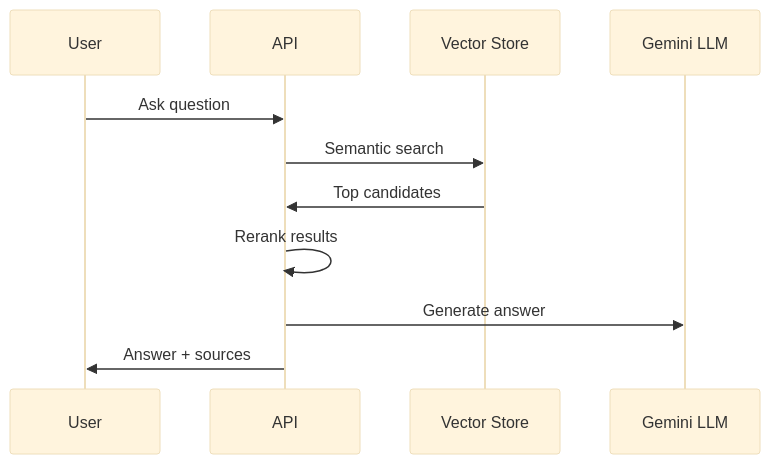
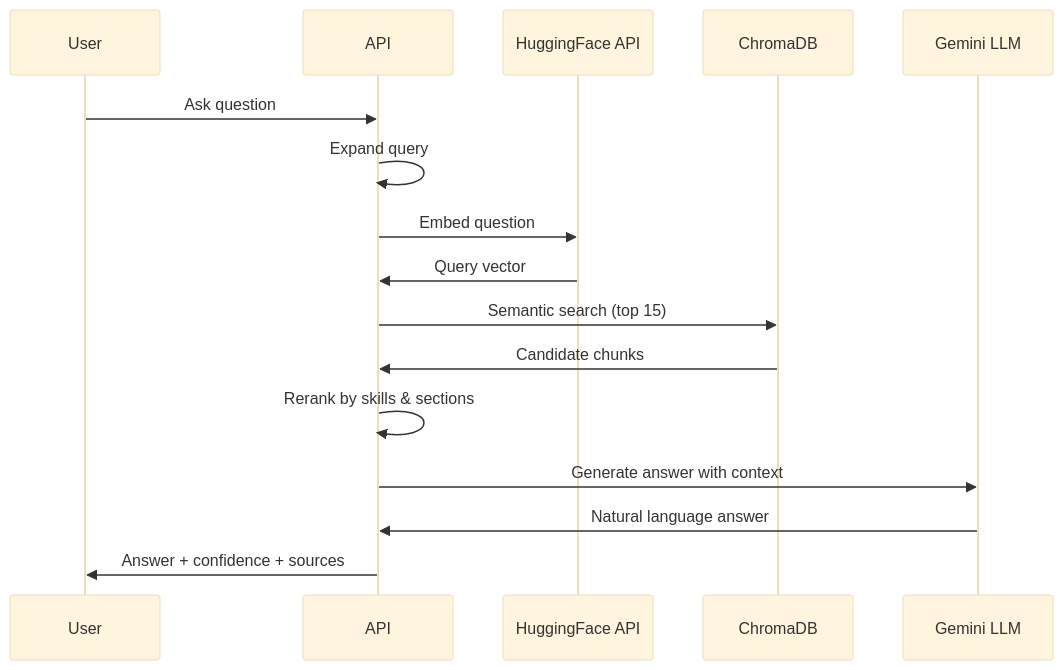
One commit to Priyanshukumaranand/mcp-resume-engine changed the third of 3 diagrams in README.md. Above: the diagram before and after it, drawn with Mermaid (base theme). The commit also changed other lines of this file and 15 other files, not shown here.

First line of the commit message:
feat: Add HuggingFace embeddings, Redis queue, and improved docs

````diff
--- a/README.md
+++ b/README.md
@@ -109,14 +196,19 @@
 ```mermaid
 sequenceDiagram
     participant User
     participant API
-    participant Vec as Vector Store
+    participant HF as HuggingFace API
+    participant Vec as ChromaDB
     participant LLM as Gemini LLM
     
     User->>API: Ask question
-    API->>Vec: Semantic search
-    Vec->>API: Top candidates
-    API->>API: Rerank results
-    API->>LLM: Generate answer
-    API->>User: Answer + sources
+    API->>API: Expand query
+    API->>HF: Embed question
+    HF->>API: Query vector
+    API->>Vec: Semantic search (top 15)
+    Vec->>API: Candidate chunks
+    API->>API: Rerank by skills & sections
+    API->>LLM: Generate answer with context
+    LLM->>API: Natural language answer
+    API->>User: Answer + confidence + sources
 ```
````
